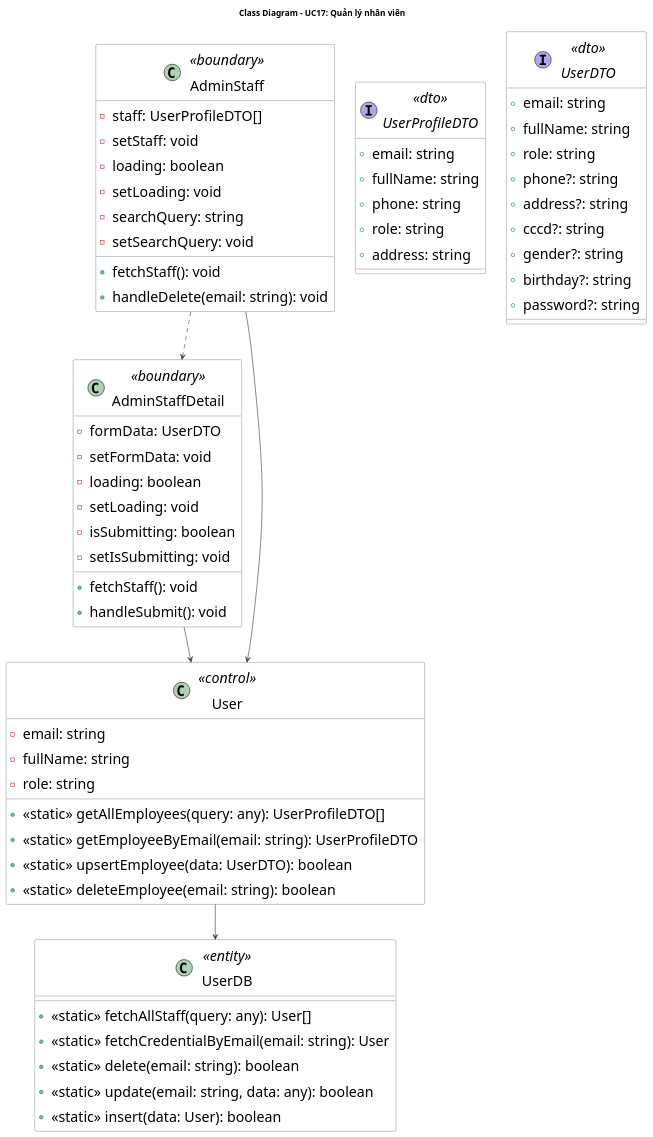
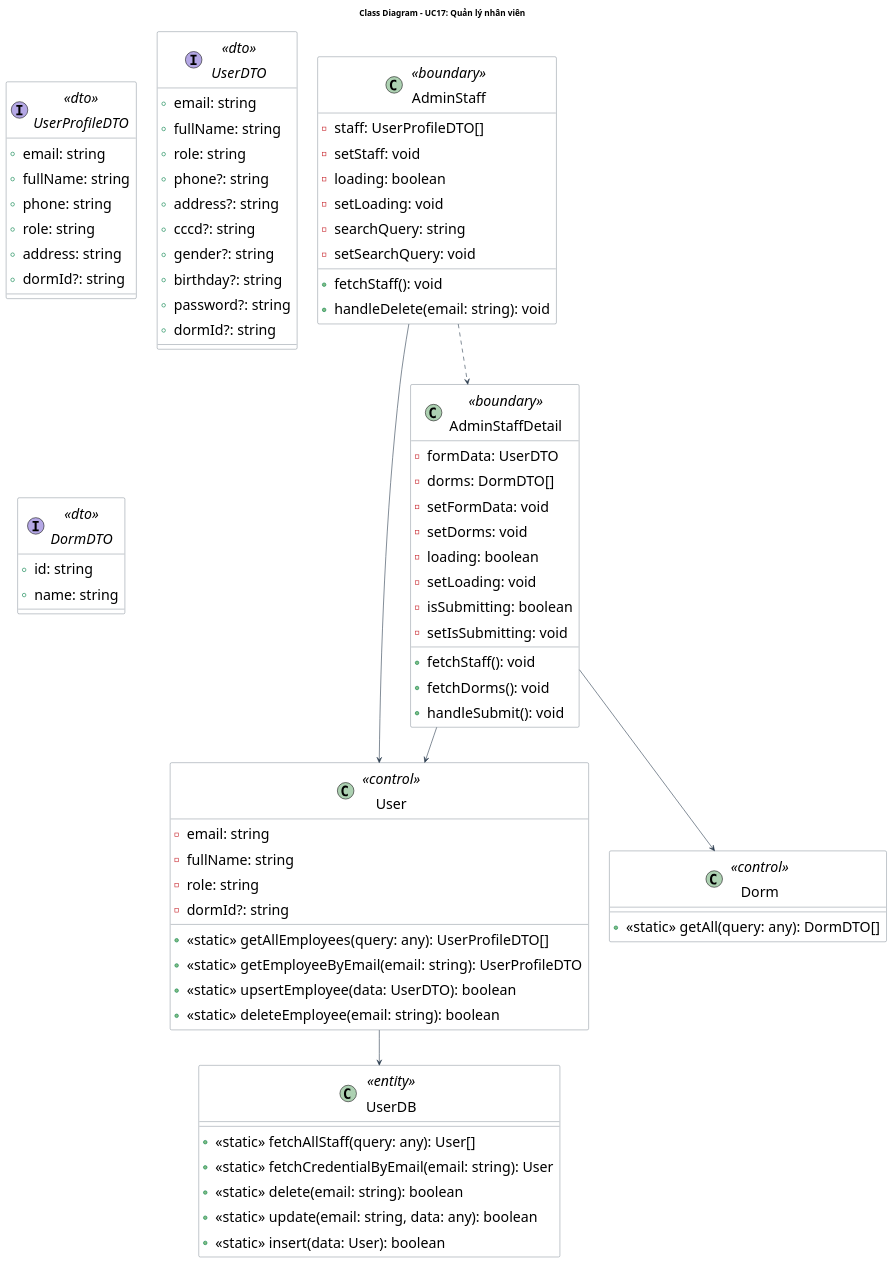
Before and after one commit to Gnourt812005/HCMUS-Analyze-and-desgin-IS: the diagram in doc/system/quan_ly_nhan_vien/QuanLyNhanVien_ClassDiagram.wsd, drawn with PlantUML. The commit also changed 37 other files, not shown here.

```diff
--- a/doc/system/quan_ly_nhan_vien/QuanLyNhanVien_ClassDiagram.wsd
+++ b/doc/system/quan_ly_nhan_vien/QuanLyNhanVien_ClassDiagram.wsd
@@ -1,84 +1,101 @@
 @startuml QuanLyNhanVien_ClassDiagram
 title Class Diagram - UC17: Quản lý nhân viên
 
 ' --- STYLE CONFIGURATION ---
 skinparam {
     ClassBackgroundColor White
     ClassBorderColor #2D3E50
     ArrowColor #2D3E50
     DefaultFontName "Arial"
     DefaultFontSize 24
     Padding 5
 }
 
 ' --- BOUNDARY LAYER ---
 class "AdminStaff" <<boundary>> {
     - staff: UserProfileDTO[]
     - setStaff: void
     - loading: boolean
     - setLoading: void
     - searchQuery: string
     - setSearchQuery: void
     + fetchStaff(): void
     + handleDelete(email: string): void
 }
 
 class "AdminStaffDetail" <<boundary>> {
     - formData: UserDTO
+    - dorms: DormDTO[]
     - setFormData: void
+    - setDorms: void
     - loading: boolean
     - setLoading: void
     - isSubmitting: boolean
     - setIsSubmitting: void
     + fetchStaff(): void
+    + fetchDorms(): void
     + handleSubmit(): void
 }
 
 ' --- DTO LAYER ---
 interface "UserProfileDTO" <<dto>> {
     + email: string
     + fullName: string
     + phone: string
     + role: string
     + address: string
+    + dormId?: string
 }
 
 interface "UserDTO" <<dto>> {
     + email: string
     + fullName: string
     + role: string
     + phone?: string
     + address?: string
     + cccd?: string
     + gender?: string
     + birthday?: string
     + password?: string
+    + dormId?: string
+}
+
+interface "DormDTO" <<dto>> {
+    + id: string
+    + name: string
 }
 
 ' --- BUSINESS LAYER ---
 class "User" <<control>> {
     - email: string
     - fullName: string
     - role: string
+    - dormId?: string
     + <<static>> getAllEmployees(query: any): UserProfileDTO[]
     + <<static>> getEmployeeByEmail(email: string): UserProfileDTO
     + <<static>> upsertEmployee(data: UserDTO): boolean
     + <<static>> deleteEmployee(email: string): boolean
 }
+
+class "Dorm" <<control>> {
+    + <<static>> getAll(query: any): DormDTO[]
+}
+
 
 ' --- DATABASE LAYER ---
 class "UserDB" <<entity>> {
     + <<static>> fetchAllStaff(query: any): User[]
     + <<static>> fetchCredentialByEmail(email: string): User
     + <<static>> delete(email: string): boolean
     + <<static>> update(email: string, data: any): boolean
     + <<static>> insert(data: User): boolean
 }
 
 ' --- RELATIONSHIPS ---
 AdminStaff --> User
 AdminStaffDetail --> User
+AdminStaffDetail --> Dorm
 User --> UserDB
 AdminStaff ..> AdminStaffDetail
 
 @enduml
```
